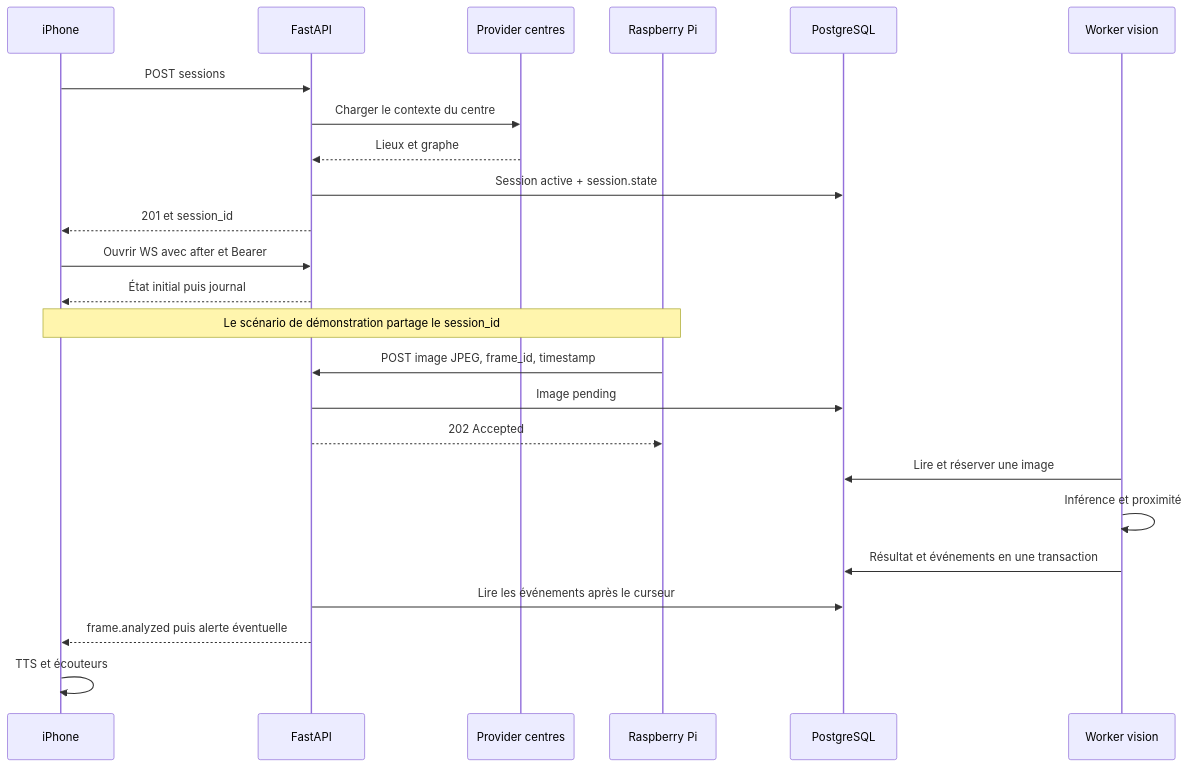
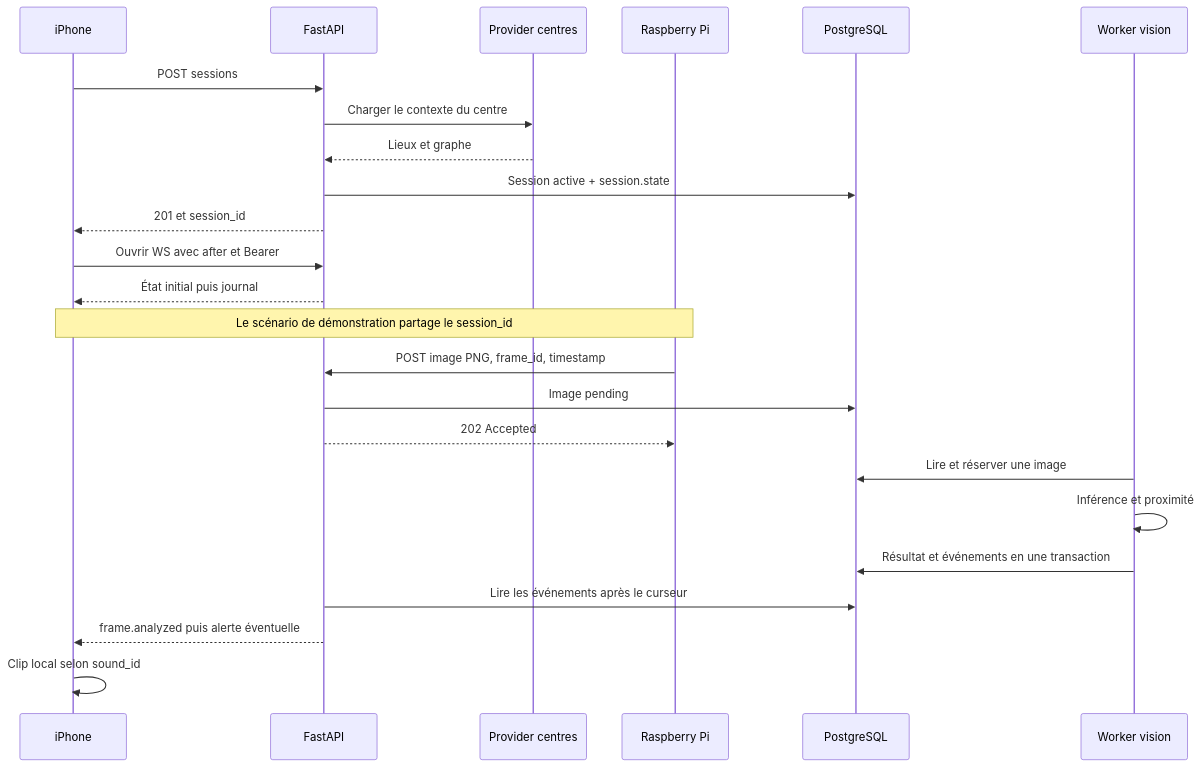
One commit to Mindsept/Looki--Vision changed the first of 8 diagrams in docs/03-contrats-et-flux.md. Above: the diagram before and after it, drawn with Mermaid. The commit also changed other lines of this file and 56 other files, not shown here.

````diff
--- a/docs/03-contrats-et-flux.md
+++ b/docs/03-contrats-et-flux.md
@@ -7,26 +9,26 @@
 ```mermaid
 sequenceDiagram
     participant iOS as iPhone
     participant API as FastAPI
     participant Context as Provider centres
     participant Pi as Raspberry Pi
     participant DB as PostgreSQL
     participant Worker as Worker vision
     iOS->>API: POST sessions
     API->>Context: Charger le contexte du centre
     Context-->>API: Lieux et graphe
     API->>DB: Session active + session.state
     API-->>iOS: 201 et session_id
     iOS->>API: Ouvrir WS avec after et Bearer
     API-->>iOS: État initial puis journal
     Note over Pi,iOS: Le scénario de démonstration partage le session_id
-    Pi->>API: POST image JPEG, frame_id, timestamp
+    Pi->>API: POST image PNG, frame_id, timestamp
     API->>DB: Image pending
     API-->>Pi: 202 Accepted
     Worker->>DB: Lire et réserver une image
     Worker->>Worker: Inférence et proximité
     Worker->>DB: Résultat et événements en une transaction
     API->>DB: Lire les événements après le curseur
     API-->>iOS: frame.analyzed puis alerte éventuelle
-    iOS->>iOS: TTS et écouteurs
+    iOS->>iOS: Clip local selon sound_id
 ```
````
